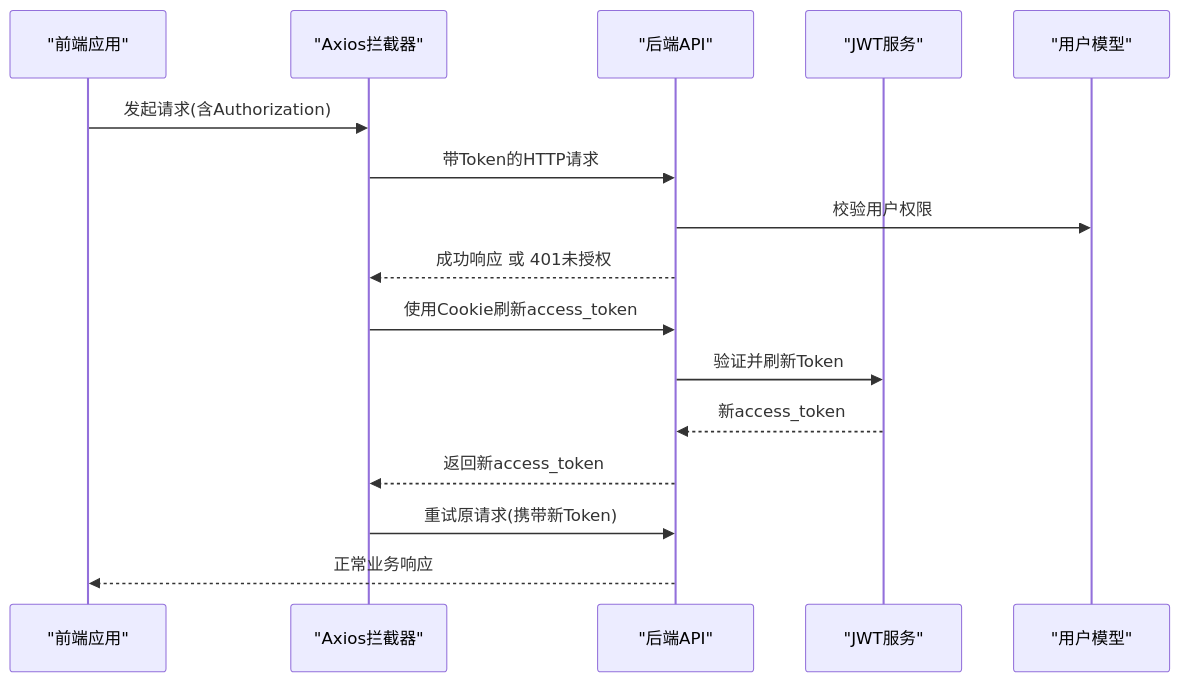
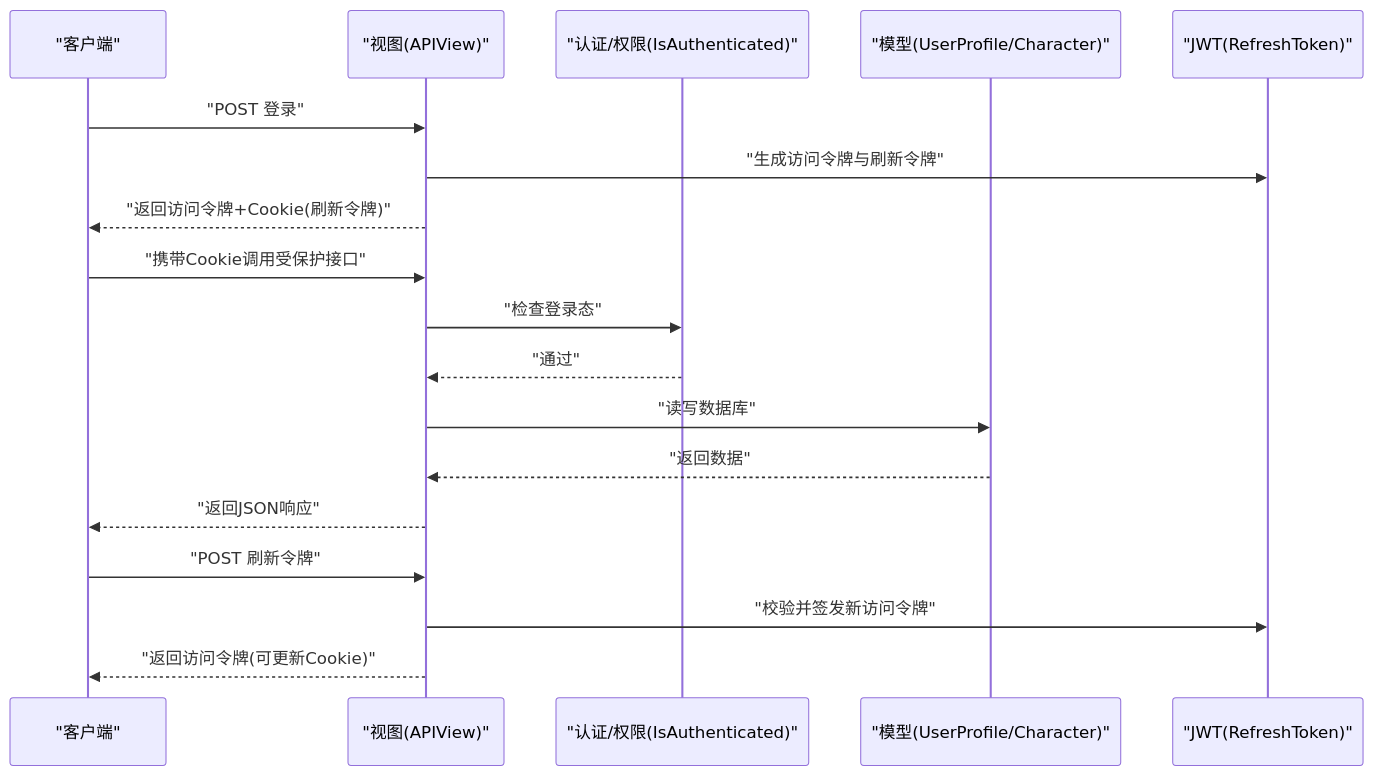
The second of 4 diagrams in .qoder/repowiki/zh/content/API接口文档/API接口文档.md (Blaipchi/LLM_AIfriends), drawn with Mermaid before and after one commit. The commit also changed other lines of this file and 89 other files, not shown here.

````diff
--- a/.qoder/repowiki/zh/content/API接口文档/API接口文档.md
+++ b/.qoder/repowiki/zh/content/API接口文档/API接口文档.md
@@ -90,18 +77,20 @@
 ```mermaid
 sequenceDiagram
-participant FE as "前端应用"
-participant AX as "Axios拦截器"
-participant API as "后端API"
-participant JWT as "JWT服务"
-participant US as "用户模型"
-FE->>AX : 发起请求(含Authorization)
-AX->>API : 带Token的HTTP请求
-API->>US : 校验用户权限
-API-->>AX : 成功响应 或 401未授权
-AX->>API : 使用Cookie刷新access_token
-API->>JWT : 验证并刷新Token
-JWT-->>API : 新access_token
-API-->>AX : 返回新access_token
-AX->>API : 重试原请求(携带新Token)
-API-->>FE : 正常业务响应
+participant C as "客户端"
+participant V as "视图(APIView)"
+participant A as "认证/权限(IsAuthenticated)"
+participant M as "模型(UserProfile/Character)"
+participant J as "JWT(RefreshToken)"
+C->>V : "POST 登录"
+V->>J : "生成访问令牌与刷新令牌"
+V-->>C : "返回访问令牌+Cookie(刷新令牌)"
+C->>V : "携带Cookie调用受保护接口"
+V->>A : "检查登录态"
+A-->>V : "通过"
+V->>M : "读写数据库"
+M-->>V : "返回数据"
+V-->>C : "返回JSON响应"
+C->>V : "POST 刷新令牌"
+V->>J : "校验并签发新访问令牌"
+V-->>C : "返回访问令牌(可更新Cookie)"
 ```
````
